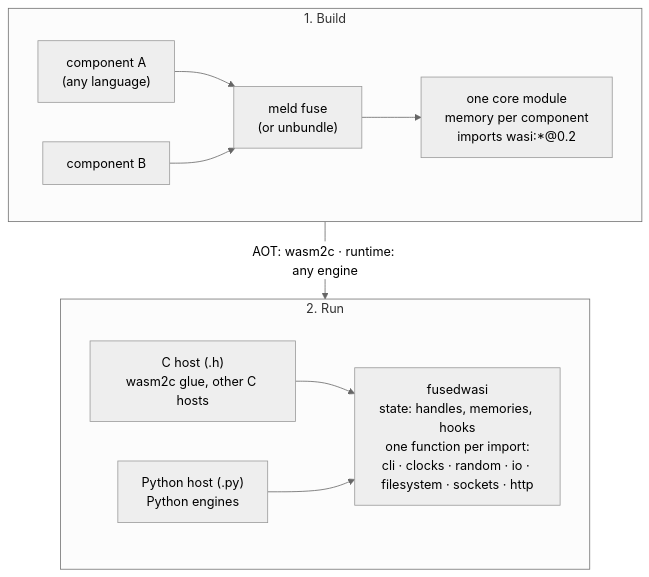
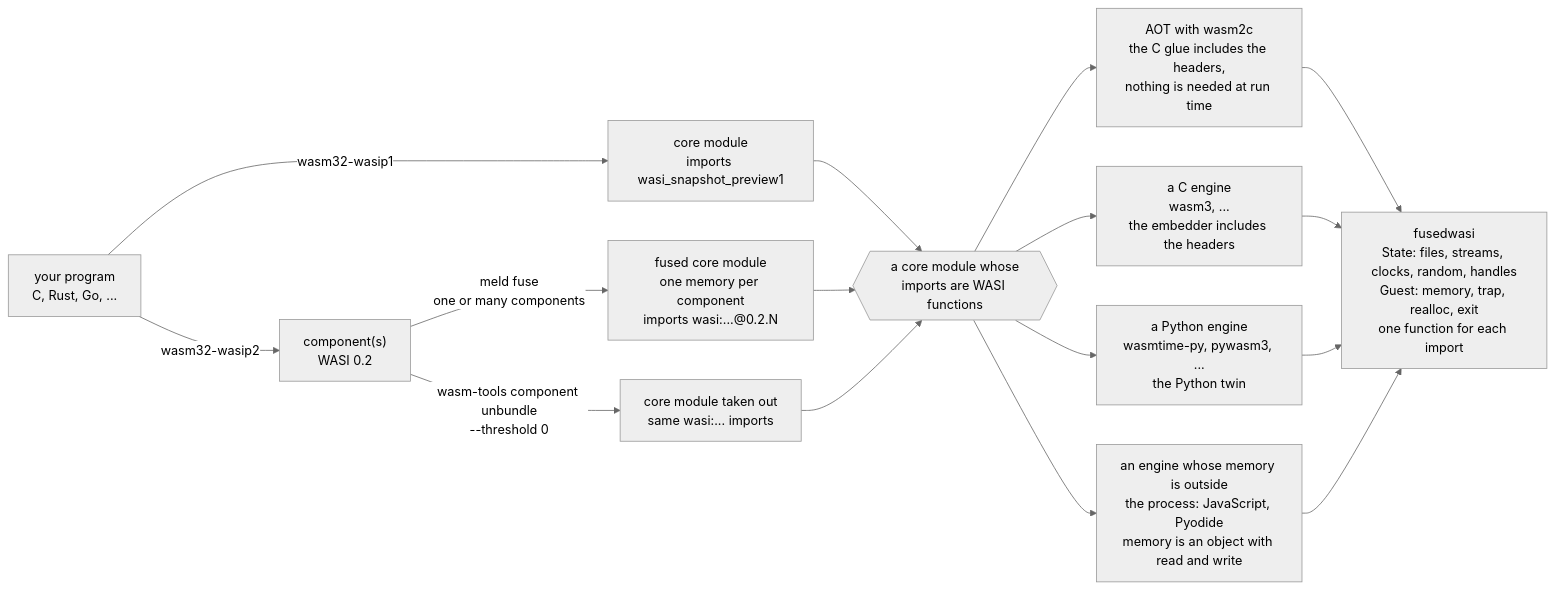
The first of 2 diagrams in README.md (natify-sh/fusedwasi), drawn with Mermaid (neutral theme) before and after one commit. The commit also changed other lines of this file, not shown here.

Commit message:
README: what a fused module is, how to get one (meld fuse, wasm-tools component unbundle, run on a component of ours), a diagram of how to use the library with different engines and of how an engine meets it

````diff
--- a/README.md
+++ b/README.md
@@ -16,18 +53,22 @@
 ```mermaid
-flowchart TB
-    subgraph build["1. Build"]
-        direction LR
-        C1["component A<br/>(any language)"] --> F["meld fuse<br/>(or unbundle)"]
-        C2["component B"] --> F
-        F --> M["one core module<br/>memory per component<br/>imports wasi:*@0.2"]
-    end
+flowchart LR
+    src["your program<br/>C, Rust, Go, ..."]
+    src -->|"wasm32-wasip1"| core1["core module<br/>imports wasi_snapshot_preview1"]
+    src -->|"wasm32-wasip2"| comp["component(s)<br/>WASI 0.2"]
+    comp -->|"meld fuse<br/>one or many components"| fused["fused core module<br/>one memory per component<br/>imports wasi:...@0.2.N"]
+    comp -->|"wasm-tools component unbundle<br/>--threshold 0"| unb["core module taken out<br/>same wasi:... imports"]
 
-    subgraph run["2. Run"]
-        direction LR
-        H["C host (.h)<br/>wasm2c glue, other C hosts"] --> FW
-        Y["Python host (.py)<br/>Python engines"] --> FW
-        FW["fusedwasi<br/>state: handles, memories, hooks<br/>one function per import:<br/>cli · clocks · random · io · filesystem · sockets · http"]
-    end
+    core1 --> any{{"a core module whose<br/>imports are WASI functions"}}
+    fused --> any
+    unb --> any
 
-    build -- "AOT: wasm2c · runtime: any engine" --> run
+    any --> aot["AOT with wasm2c<br/>the C glue includes the headers,<br/>nothing is needed at run time"]
+    any --> ceng["a C engine<br/>wasm3, ...<br/>the embedder includes the headers"]
+    any --> peng["a Python engine<br/>wasmtime-py, pywasm3, ...<br/>the Python twin"]
+    any --> oop["an engine whose memory is outside<br/>the process: JavaScript, Pyodide<br/>memory is an object with read and write"]
+
+    aot --> fw["fusedwasi<br/>State: files, streams, clocks, random, handles<br/>Guest: memory, trap, realloc, exit<br/>one function for each import"]
+    ceng --> fw
+    peng --> fw
+    oop --> fw
 ```
````
